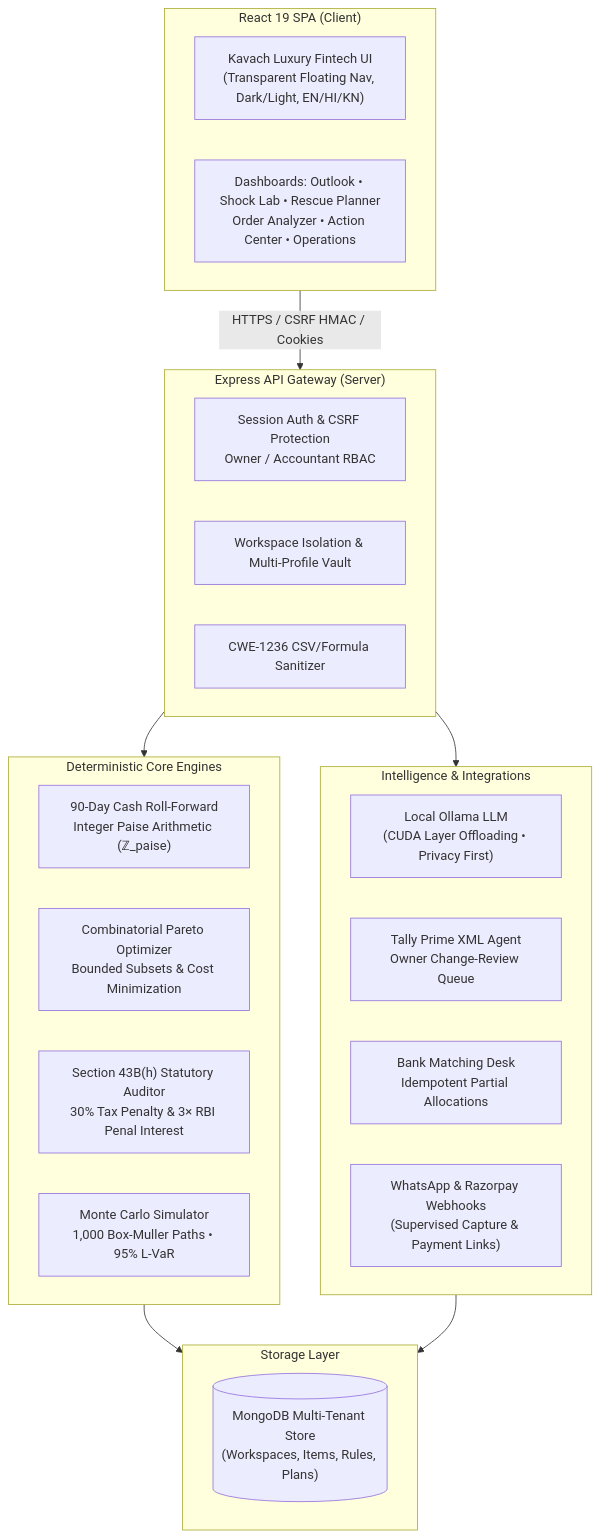
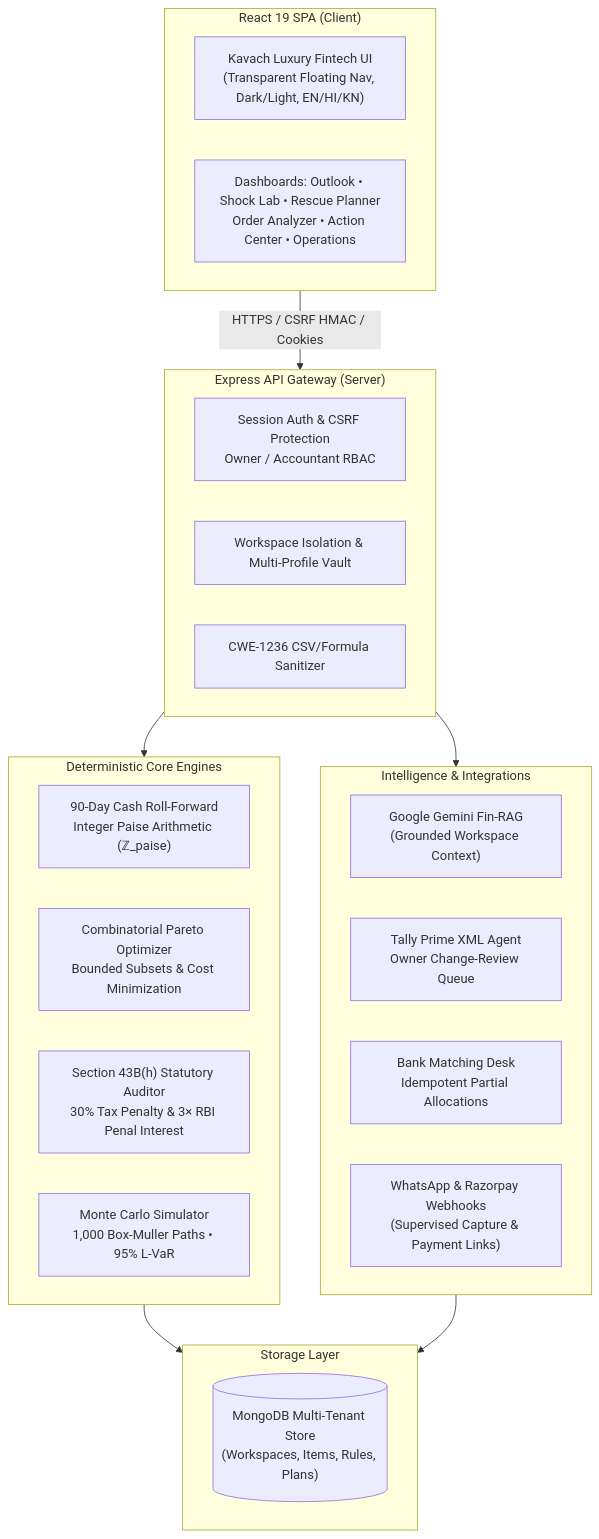
One commit to raunakraj-01/Fin-Copilot changed the diagram in README.md. Above: the diagram before and after it, drawn with Mermaid. The commit also changed other lines of this file and 9 other files, not shown here.

````diff
--- a/README.md
+++ b/README.md
@@ -58,37 +56,37 @@
 ```mermaid
 flowchart TD
     subgraph Client["React 19 SPA (Client)"]
         UI["Kavach Luxury Fintech UI\n(Transparent Floating Nav, Dark/Light, EN/HI/KN)"]
         Pages["Dashboards: Outlook • Shock Lab • Rescue Planner\nOrder Analyzer • Action Center • Operations"]
     end
 
     subgraph Gateway["Express API Gateway (Server)"]
         Auth["Session Auth & CSRF Protection\nOwner / Accountant RBAC"]
         MultiTenant["Workspace Isolation & Multi-Profile Vault"]
         Sanitizer["CWE-1236 CSV/Formula Sanitizer"]
     end
 
     subgraph CoreEngines["Deterministic Core Engines"]
         ForecastEngine["90-Day Cash Roll-Forward\nInteger Paise Arithmetic (ℤ_paise)"]
         RescueOptimizer["Combinatorial Pareto Optimizer\nBounded Subsets & Cost Minimization"]
         Auditor43B["Section 43B(h) Statutory Auditor\n30% Tax Penalty & 3× RBI Penal Interest"]
         MonteCarlo["Monte Carlo Simulator\n1,000 Box-Muller Paths • 95% L-VaR"]
     end
 
     subgraph AIAndSync["Intelligence & Integrations"]
-        OllamaLocal["Local Ollama LLM\n(CUDA Layer Offloading • Privacy First)"]
+        GeminiRAG["Google Gemini Fin-RAG\n(Grounded Workspace Context)"]
         TallySync["Tally Prime XML Agent\nOwner Change-Review Queue"]
         BankDesk["Bank Matching Desk\nIdempotent Partial Allocations"]
         WhatsAppRazorpay["WhatsApp & Razorpay Webhooks\n(Supervised Capture & Payment Links)"]
     end
 
     subgraph DataStore["Storage Layer"]
         MongoDB[("MongoDB Multi-Tenant Store\n(Workspaces, Items, Rules, Plans)")]
     end
 
     Client -->|HTTPS / CSRF HMAC / Cookies| Gateway
     Gateway --> CoreEngines
     Gateway --> AIAndSync
     CoreEngines --> DataStore
     AIAndSync --> DataStore
 ```
````
